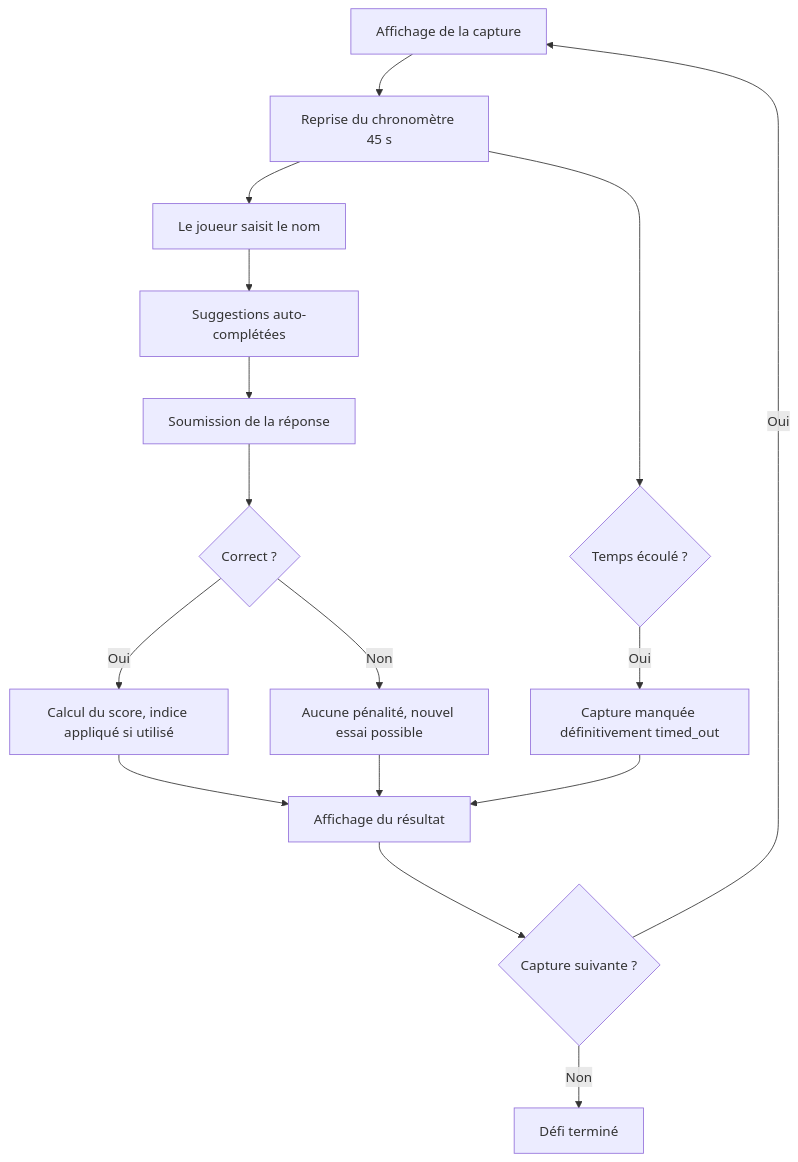
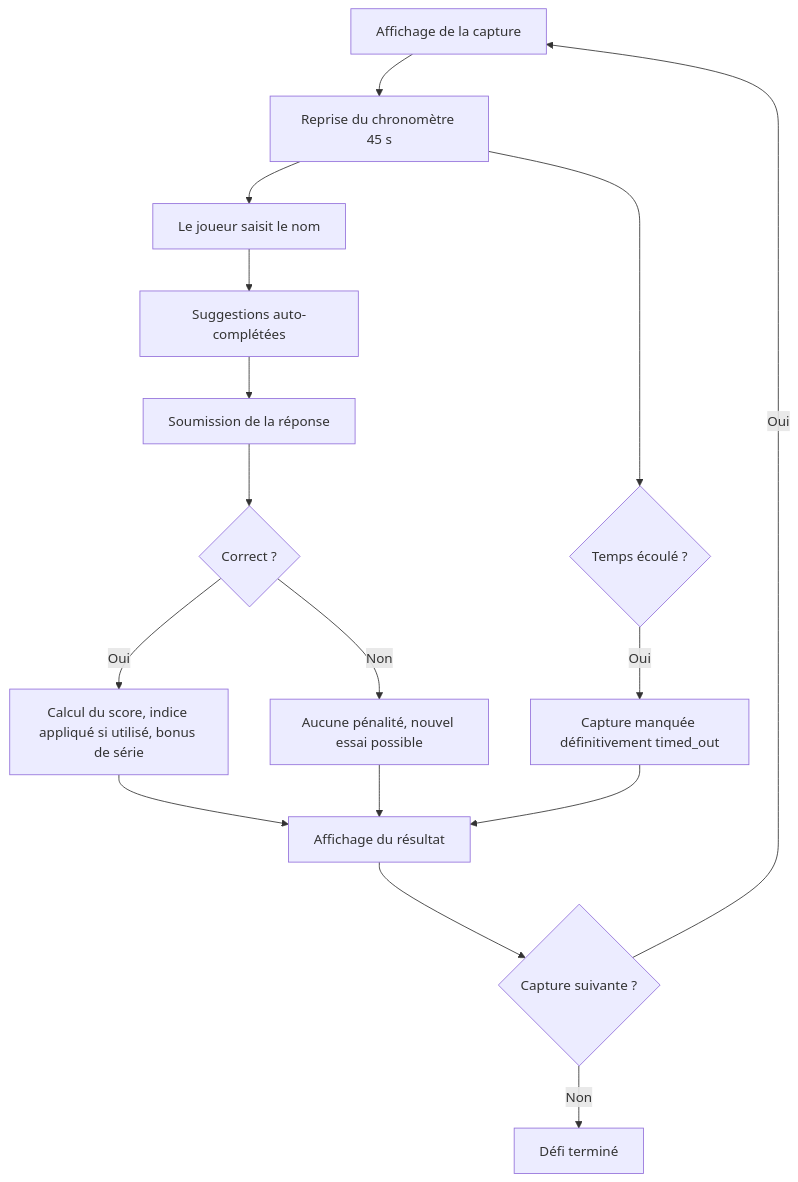
One commit to Wifsimster/the-box changed the fourth of 4 diagrams in docs/game-flow.md. Above: the diagram before and after it, drawn with Mermaid. The commit also changed other lines of this file and 19 other files, not shown here.

````diff
--- a/docs/game-flow.md
+++ b/docs/game-flow.md
@@ -179,18 +205,18 @@
 ```mermaid
 graph TD
     A[Affichage de la capture] --> B[Reprise du chronomètre 45 s]
     B --> C[Le joueur saisit le nom]
     C --> D[Suggestions auto-complétées]
     D --> E[Soumission de la réponse]
     E --> F{Correct ?}
-    F -->|Oui| G[Calcul du score, indice appliqué si utilisé]
+    F -->|Oui| G[Calcul du score, indice appliqué si utilisé, bonus de série]
     F -->|Non| H[Aucune pénalité, nouvel essai possible]
     B --> T{Temps écoulé ?}
     T -->|Oui| U[Capture manquée définitivement timed_out]
     G --> I[Affichage du résultat]
     H --> I
     U --> I
     I --> J{Capture suivante ?}
     J -->|Oui| A
     J -->|Non| K[Défi terminé]
 ```
````
